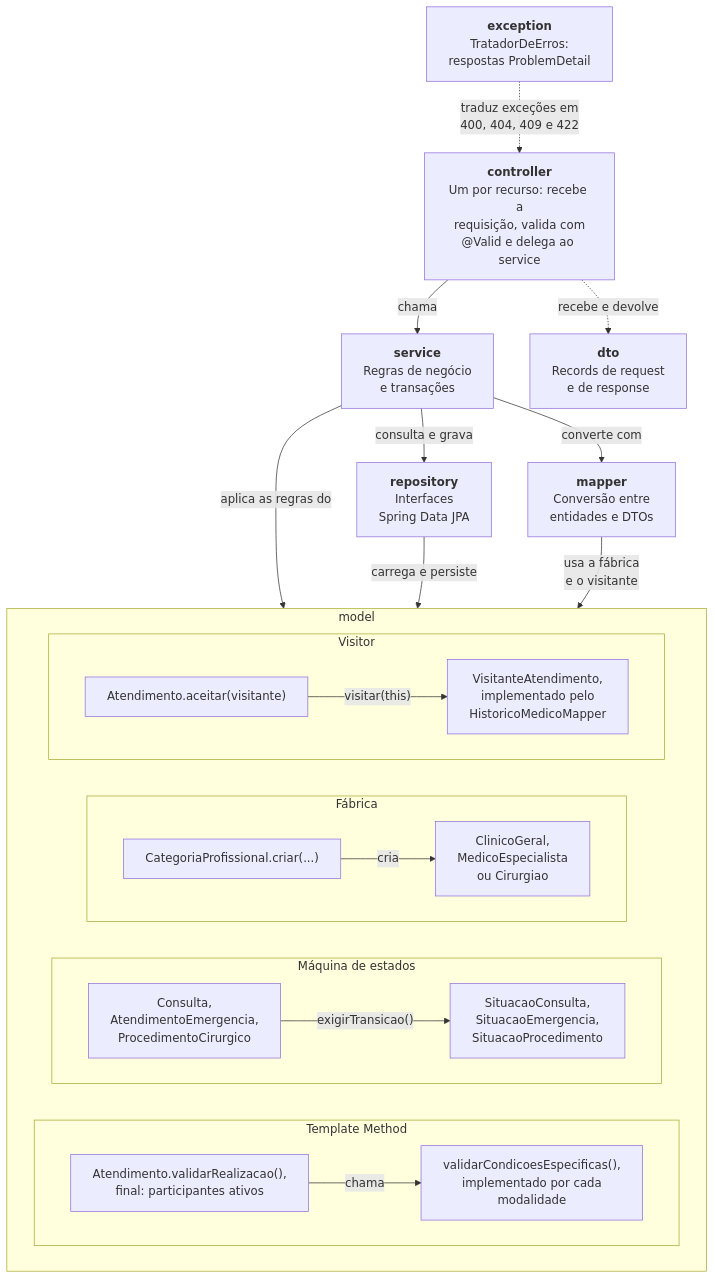
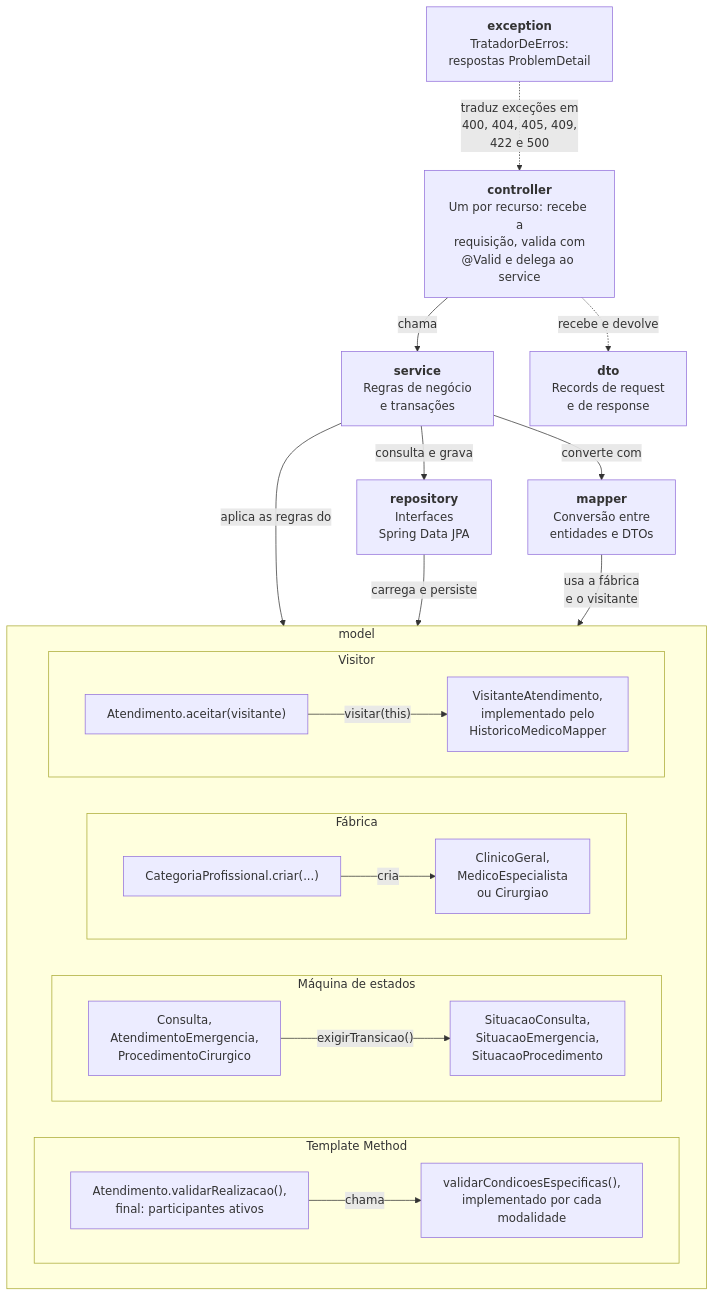
Diagram 13 of 13 in docs/diagrama-de-classes.md (pedrolsrt/sistema-hospitalar), drawn with Mermaid before and after one commit. The commit also changed other lines of this file and 8 other files, not shown here.

Commit message:
docs: atualiza README e diagramas da Sprint 3

````diff
--- a/docs/diagrama-de-classes.md
+++ b/docs/diagrama-de-classes.md
@@ -689,37 +954,37 @@
 ```mermaid
 flowchart TB
     CTRL["<b>controller</b><br/>Um por recurso: recebe a<br/>requisição, valida com<br/>@Valid e delega ao service"]
     SERV["<b>service</b><br/>Regras de negócio<br/>e transações"]
     REPO["<b>repository</b><br/>Interfaces<br/>Spring Data JPA"]
     DTO["<b>dto</b><br/>Records de request<br/>e de response"]
     MAP["<b>mapper</b><br/>Conversão entre<br/>entidades e DTOs"]
     ERR["<b>exception</b><br/>TratadorDeErros:<br/>respostas ProblemDetail"]
 
     subgraph model["model"]
         subgraph template["Template Method"]
             direction LR
             TM1["Atendimento.validarRealizacao(),<br/>final: participantes ativos"] -->|chama| TM2["validarCondicoesEspecificas(),<br/>implementado por cada<br/>modalidade"]
         end
         subgraph estados["Máquina de estados"]
             direction LR
             ME1["Consulta,<br/>AtendimentoEmergencia,<br/>ProcedimentoCirurgico"] -->|"exigirTransicao()"| ME2["SituacaoConsulta,<br/>SituacaoEmergencia,<br/>SituacaoProcedimento"]
         end
         subgraph fabrica["Fábrica"]
             direction LR
             FA1["CategoriaProfissional.criar(...)"] -->|cria| FA2["ClinicoGeral,<br/>MedicoEspecialista<br/>ou Cirurgiao"]
         end
         subgraph visitor["Visitor"]
             direction LR
             VI1["Atendimento.aceitar(visitante)"] -->|"visitar(this)"| VI2["VisitanteAtendimento,<br/>implementado pelo<br/>HistoricoMedicoMapper"]
         end
     end
 
     CTRL -->|chama| SERV
     CTRL -.->|recebe e devolve| DTO
-    ERR -.->|"traduz exceções em<br/>400, 404, 409 e 422"| CTRL
+    ERR -.->|"traduz exceções em<br/>400, 404, 405, 409,<br/>422 e 500"| CTRL
     SERV -->|consulta e grava| REPO
     SERV -->|converte com| MAP
     SERV -->|aplica as regras do| model
     REPO -->|carrega e persiste| model
     MAP -->|"usa a fábrica<br/>e o visitante"| model
 ```
````
